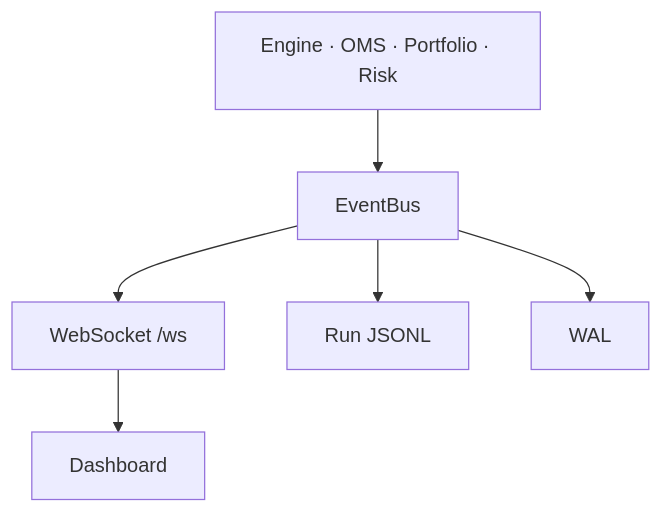
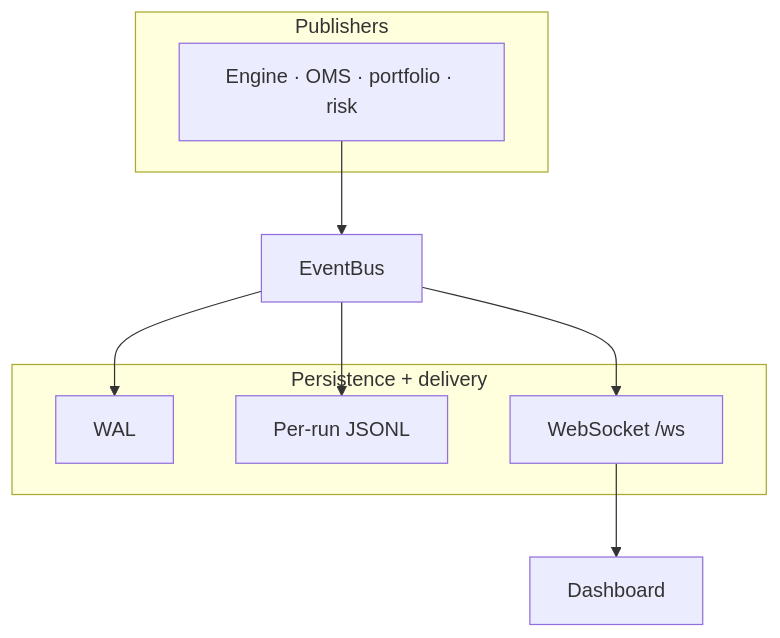
One commit to Zendragon98/algo-trading-hub changed the fourth of 8 diagrams in backend/README.md. Above: the diagram before and after it, drawn with Mermaid. The commit also changed 2 other files, not shown here.

Commit message:
Update architecture diagrams and enhance documentation clarity
- Revised README and backend documentation to improve clarity and structure, including updated descriptions of system components and their interactions.
- Enhanced architecture diagrams for both the per-tick and events flow, providing clearer visual representations of data flow and event handling.
- Updated paths in the repository layout for better organization and accessibility of resources.
- Improved security documentation to specify the surface of REST and WebSocket endpoints.

````diff
--- a/backend/README.md
+++ b/backend/README.md
@@ -120,8 +120,18 @@
 ```mermaid
 flowchart TB
-    PROD[Engine · OMS · Portfolio · Risk] --> BUS[EventBus]
-    BUS --> WS[WebSocket /ws]
-    BUS --> REC[Run JSONL]
-    BUS --> JOUR[WAL]
-    WS --> UI[Dashboard]
+    subgraph Produce["Publishers"]
+        PROD["Engine · OMS · portfolio · risk"]
+    end
+    BUS["EventBus"]
+    subgraph Sink["Persistence + delivery"]
+        JOUR["WAL"]
+        REC["Per-run JSONL"]
+        WSS["WebSocket /ws"]
+    end
+    UI["Dashboard"]
+    PROD --> BUS
+    BUS --> JOUR
+    BUS --> REC
+    BUS --> WSS
+    WSS --> UI
 ```
````
